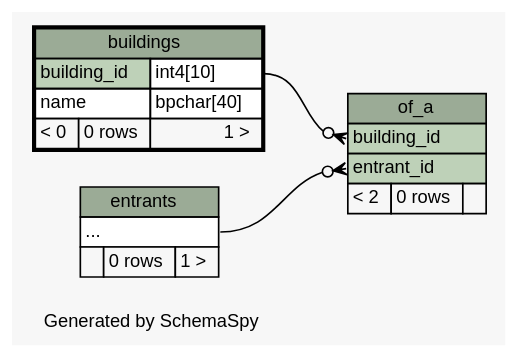
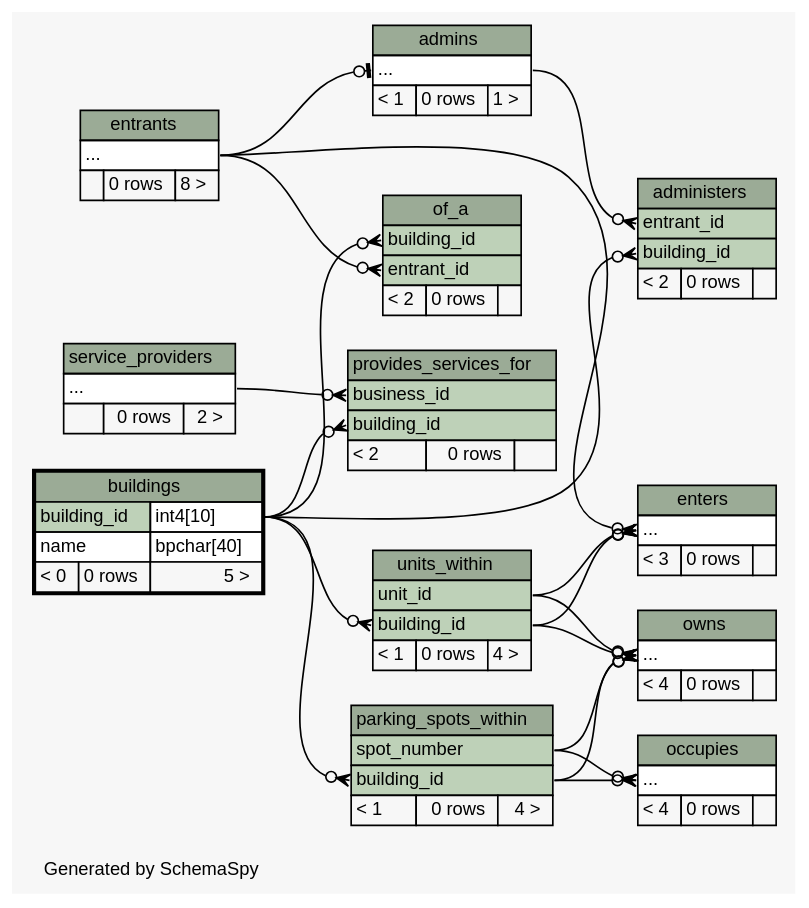
Before and after one commit to mgouzenko/-bms: the diagram in visualization/diagrams/buildings.2degrees.dot, drawn with Graphviz. The commit also changed 32 other files, not shown here.

Commit message:
fixed schema, pushing first real visualization

```diff
--- a/visualization/diagrams/buildings.2degrees.dot
+++ b/visualization/diagrams/buildings.2degrees.dot
@@ -1,56 +1,166 @@
 // dot 2.38.0 on Mac OS X 10.11.3
 // SchemaSpy rev 590
 digraph "twoDegreesRelationshipsDiagram" {
   graph [
     rankdir="RL"
     bgcolor="#f7f7f7"
     label="\nGenerated by SchemaSpy"
     labeljust="l"
     nodesep="0.18"
     ranksep="0.46"
     fontname="Helvetica"
     fontsize="11"
   ];
   node [
     fontname="Helvetica"
     fontsize="11"
     shape="plaintext"
   ];
   edge [
     arrowsize="0.8"
   ];
+  "administers":"building_id":w -> "buildings":"building_id.type":e [arrowhead=none dir=back arrowtail=crowodot];
+  "administers":"entrant_id":w -> "admins":"elipses":e [arrowhead=none dir=back arrowtail=crowodot];
+  "admins":"elipses":w -> "entrants":"elipses":e [arrowhead=none dir=back arrowtail=teeodot];
+  "enters":"elipses":w -> "units_within":"building_id":e [arrowhead=none dir=back arrowtail=crowodot];
+  "enters":"elipses":w -> "entrants":"elipses":e [arrowhead=none dir=back arrowtail=crowodot];
+  "enters":"elipses":w -> "units_within":"unit_id":e [arrowhead=none dir=back arrowtail=crowodot];
+  "occupies":"elipses":w -> "parking_spots_within":"building_id":e [arrowhead=none dir=back arrowtail=crowodot];
+  "occupies":"elipses":w -> "parking_spots_within":"spot_number":e [arrowhead=none dir=back arrowtail=crowodot];
   "of_a":"building_id":w -> "buildings":"building_id.type":e [arrowhead=none dir=back arrowtail=crowodot];
   "of_a":"entrant_id":w -> "entrants":"elipses":e [arrowhead=none dir=back arrowtail=crowodot];
+  "owns":"elipses":w -> "parking_spots_within":"building_id":e [arrowhead=none dir=back arrowtail=crowodot];
+  "owns":"elipses":w -> "units_within":"building_id":e [arrowhead=none dir=back arrowtail=crowodot];
+  "owns":"elipses":w -> "parking_spots_within":"spot_number":e [arrowhead=none dir=back arrowtail=crowodot];
+  "owns":"elipses":w -> "units_within":"unit_id":e [arrowhead=none dir=back arrowtail=crowodot];
+  "parking_spots_within":"building_id":w -> "buildings":"building_id.type":e [arrowhead=none dir=back arrowtail=crowodot];
+  "provides_services_for":"building_id":w -> "buildings":"building_id.type":e [arrowhead=none dir=back arrowtail=crowodot];
+  "provides_services_for":"business_id":w -> "service_providers":"elipses":e [arrowhead=none dir=back arrowtail=crowodot];
+  "units_within":"building_id":w -> "buildings":"building_id.type":e [arrowhead=none dir=back arrowtail=crowodot];
+  "administers" [
+    label=<
+    <TABLE BORDER="0" CELLBORDER="1" CELLSPACING="0" BGCOLOR="#ffffff">
+      <TR><TD COLSPAN="3" BGCOLOR="#9bab96" ALIGN="CENTER">administers</TD></TR>
+      <TR><TD PORT="entrant_id" COLSPAN="3" BGCOLOR="#bed1b8" ALIGN="LEFT">entrant_id</TD></TR>
+      <TR><TD PORT="building_id" COLSPAN="3" BGCOLOR="#bed1b8" ALIGN="LEFT">building_id</TD></TR>
+      <TR><TD ALIGN="LEFT" BGCOLOR="#f7f7f7">&lt; 2</TD><TD ALIGN="RIGHT" BGCOLOR="#f7f7f7">0 rows</TD><TD ALIGN="RIGHT" BGCOLOR="#f7f7f7">  </TD></TR>
+    </TABLE>>
+    URL="administers.html"
+    tooltip="administers"
+  ];
+  "admins" [
+    label=<
+    <TABLE BORDER="0" CELLBORDER="1" CELLSPACING="0" BGCOLOR="#ffffff">
+      <TR><TD COLSPAN="3" BGCOLOR="#9bab96" ALIGN="CENTER">admins</TD></TR>
+      <TR><TD PORT="elipses" COLSPAN="3" ALIGN="LEFT">...</TD></TR>
+      <TR><TD ALIGN="LEFT" BGCOLOR="#f7f7f7">&lt; 1</TD><TD ALIGN="RIGHT" BGCOLOR="#f7f7f7">0 rows</TD><TD ALIGN="RIGHT" BGCOLOR="#f7f7f7">1 &gt;</TD></TR>
+    </TABLE>>
+    URL="admins.html"
+    tooltip="admins"
+  ];
   "buildings" [
     label=<
     <TABLE BORDER="2" CELLBORDER="1" CELLSPACING="0" BGCOLOR="#ffffff">
       <TR><TD COLSPAN="3" BGCOLOR="#9bab96" ALIGN="CENTER">buildings</TD></TR>
       <TR><TD PORT="building_id" COLSPAN="2" BGCOLOR="#bed1b8" ALIGN="LEFT">building_id</TD><TD PORT="building_id.type" ALIGN="LEFT">int4[10]</TD></TR>
       <TR><TD PORT="name" COLSPAN="2" ALIGN="LEFT">name</TD><TD PORT="name.type" ALIGN="LEFT">bpchar[40]</TD></TR>
-      <TR><TD ALIGN="LEFT" BGCOLOR="#f7f7f7">&lt; 0</TD><TD ALIGN="RIGHT" BGCOLOR="#f7f7f7">0 rows</TD><TD ALIGN="RIGHT" BGCOLOR="#f7f7f7">1 &gt;</TD></TR>
+      <TR><TD ALIGN="LEFT" BGCOLOR="#f7f7f7">&lt; 0</TD><TD ALIGN="RIGHT" BGCOLOR="#f7f7f7">0 rows</TD><TD ALIGN="RIGHT" BGCOLOR="#f7f7f7">5 &gt;</TD></TR>
     </TABLE>>
     URL="buildings.html"
     tooltip="buildings"
+  ];
+  "enters" [
+    label=<
+    <TABLE BORDER="0" CELLBORDER="1" CELLSPACING="0" BGCOLOR="#ffffff">
+      <TR><TD COLSPAN="3" BGCOLOR="#9bab96" ALIGN="CENTER">enters</TD></TR>
+      <TR><TD PORT="elipses" COLSPAN="3" ALIGN="LEFT">...</TD></TR>
+      <TR><TD ALIGN="LEFT" BGCOLOR="#f7f7f7">&lt; 3</TD><TD ALIGN="RIGHT" BGCOLOR="#f7f7f7">0 rows</TD><TD ALIGN="RIGHT" BGCOLOR="#f7f7f7">  </TD></TR>
+    </TABLE>>
+    URL="enters.html"
+    tooltip="enters"
   ];
   "entrants" [
     label=<
     <TABLE BORDER="0" CELLBORDER="1" CELLSPACING="0" BGCOLOR="#ffffff">
       <TR><TD COLSPAN="3" BGCOLOR="#9bab96" ALIGN="CENTER">entrants</TD></TR>
       <TR><TD PORT="elipses" COLSPAN="3" ALIGN="LEFT">...</TD></TR>
-      <TR><TD ALIGN="LEFT" BGCOLOR="#f7f7f7">  </TD><TD ALIGN="RIGHT" BGCOLOR="#f7f7f7">0 rows</TD><TD ALIGN="RIGHT" BGCOLOR="#f7f7f7">1 &gt;</TD></TR>
+      <TR><TD ALIGN="LEFT" BGCOLOR="#f7f7f7">  </TD><TD ALIGN="RIGHT" BGCOLOR="#f7f7f7">0 rows</TD><TD ALIGN="RIGHT" BGCOLOR="#f7f7f7">8 &gt;</TD></TR>
     </TABLE>>
     URL="entrants.html"
     tooltip="entrants"
+  ];
+  "occupies" [
+    label=<
+    <TABLE BORDER="0" CELLBORDER="1" CELLSPACING="0" BGCOLOR="#ffffff">
+      <TR><TD COLSPAN="3" BGCOLOR="#9bab96" ALIGN="CENTER">occupies</TD></TR>
+      <TR><TD PORT="elipses" COLSPAN="3" ALIGN="LEFT">...</TD></TR>
+      <TR><TD ALIGN="LEFT" BGCOLOR="#f7f7f7">&lt; 4</TD><TD ALIGN="RIGHT" BGCOLOR="#f7f7f7">0 rows</TD><TD ALIGN="RIGHT" BGCOLOR="#f7f7f7">  </TD></TR>
+    </TABLE>>
+    URL="occupies.html"
+    tooltip="occupies"
   ];
   "of_a" [
     label=<
     <TABLE BORDER="0" CELLBORDER="1" CELLSPACING="0" BGCOLOR="#ffffff">
       <TR><TD COLSPAN="3" BGCOLOR="#9bab96" ALIGN="CENTER">of_a</TD></TR>
       <TR><TD PORT="building_id" COLSPAN="3" BGCOLOR="#bed1b8" ALIGN="LEFT">building_id</TD></TR>
       <TR><TD PORT="entrant_id" COLSPAN="3" BGCOLOR="#bed1b8" ALIGN="LEFT">entrant_id</TD></TR>
       <TR><TD ALIGN="LEFT" BGCOLOR="#f7f7f7">&lt; 2</TD><TD ALIGN="RIGHT" BGCOLOR="#f7f7f7">0 rows</TD><TD ALIGN="RIGHT" BGCOLOR="#f7f7f7">  </TD></TR>
     </TABLE>>
     URL="of_a.html"
     tooltip="of_a"
   ];
+  "owns" [
+    label=<
+    <TABLE BORDER="0" CELLBORDER="1" CELLSPACING="0" BGCOLOR="#ffffff">
+      <TR><TD COLSPAN="3" BGCOLOR="#9bab96" ALIGN="CENTER">owns</TD></TR>
+      <TR><TD PORT="elipses" COLSPAN="3" ALIGN="LEFT">...</TD></TR>
+      <TR><TD ALIGN="LEFT" BGCOLOR="#f7f7f7">&lt; 4</TD><TD ALIGN="RIGHT" BGCOLOR="#f7f7f7">0 rows</TD><TD ALIGN="RIGHT" BGCOLOR="#f7f7f7">  </TD></TR>
+    </TABLE>>
+    URL="owns.html"
+    tooltip="owns"
+  ];
+  "parking_spots_within" [
+    label=<
+    <TABLE BORDER="0" CELLBORDER="1" CELLSPACING="0" BGCOLOR="#ffffff">
+      <TR><TD COLSPAN="3" BGCOLOR="#9bab96" ALIGN="CENTER">parking_spots_within</TD></TR>
+      <TR><TD PORT="spot_number" COLSPAN="3" BGCOLOR="#bed1b8" ALIGN="LEFT">spot_number</TD></TR>
+      <TR><TD PORT="building_id" COLSPAN="3" BGCOLOR="#bed1b8" ALIGN="LEFT">building_id</TD></TR>
+      <TR><TD ALIGN="LEFT" BGCOLOR="#f7f7f7">&lt; 1</TD><TD ALIGN="RIGHT" BGCOLOR="#f7f7f7">0 rows</TD><TD ALIGN="RIGHT" BGCOLOR="#f7f7f7">4 &gt;</TD></TR>
+    </TABLE>>
+    URL="parking_spots_within.html"
+    tooltip="parking_spots_within"
+  ];
+  "provides_services_for" [
+    label=<
+    <TABLE BORDER="0" CELLBORDER="1" CELLSPACING="0" BGCOLOR="#ffffff">
+      <TR><TD COLSPAN="3" BGCOLOR="#9bab96" ALIGN="CENTER">provides_services_for</TD></TR>
+      <TR><TD PORT="business_id" COLSPAN="3" BGCOLOR="#bed1b8" ALIGN="LEFT">business_id</TD></TR>
+      <TR><TD PORT="building_id" COLSPAN="3" BGCOLOR="#bed1b8" ALIGN="LEFT">building_id</TD></TR>
+      <TR><TD ALIGN="LEFT" BGCOLOR="#f7f7f7">&lt; 2</TD><TD ALIGN="RIGHT" BGCOLOR="#f7f7f7">0 rows</TD><TD ALIGN="RIGHT" BGCOLOR="#f7f7f7">  </TD></TR>
+    </TABLE>>
+    URL="provides_services_for.html"
+    tooltip="provides_services_for"
+  ];
+  "service_providers" [
+    label=<
+    <TABLE BORDER="0" CELLBORDER="1" CELLSPACING="0" BGCOLOR="#ffffff">
+      <TR><TD COLSPAN="3" BGCOLOR="#9bab96" ALIGN="CENTER">service_providers</TD></TR>
+      <TR><TD PORT="elipses" COLSPAN="3" ALIGN="LEFT">...</TD></TR>
+      <TR><TD ALIGN="LEFT" BGCOLOR="#f7f7f7">  </TD><TD ALIGN="RIGHT" BGCOLOR="#f7f7f7">0 rows</TD><TD ALIGN="RIGHT" BGCOLOR="#f7f7f7">2 &gt;</TD></TR>
+    </TABLE>>
+    URL="service_providers.html"
+    tooltip="service_providers"
+  ];
+  "units_within" [
+    label=<
+    <TABLE BORDER="0" CELLBORDER="1" CELLSPACING="0" BGCOLOR="#ffffff">
+      <TR><TD COLSPAN="3" BGCOLOR="#9bab96" ALIGN="CENTER">units_within</TD></TR>
+      <TR><TD PORT="unit_id" COLSPAN="3" BGCOLOR="#bed1b8" ALIGN="LEFT">unit_id</TD></TR>
+      <TR><TD PORT="building_id" COLSPAN="3" BGCOLOR="#bed1b8" ALIGN="LEFT">building_id</TD></TR>
+      <TR><TD ALIGN="LEFT" BGCOLOR="#f7f7f7">&lt; 1</TD><TD ALIGN="RIGHT" BGCOLOR="#f7f7f7">0 rows</TD><TD ALIGN="RIGHT" BGCOLOR="#f7f7f7">4 &gt;</TD></TR>
+    </TABLE>>
+    URL="units_within.html"
+    tooltip="units_within"
+  ];
 }
```
